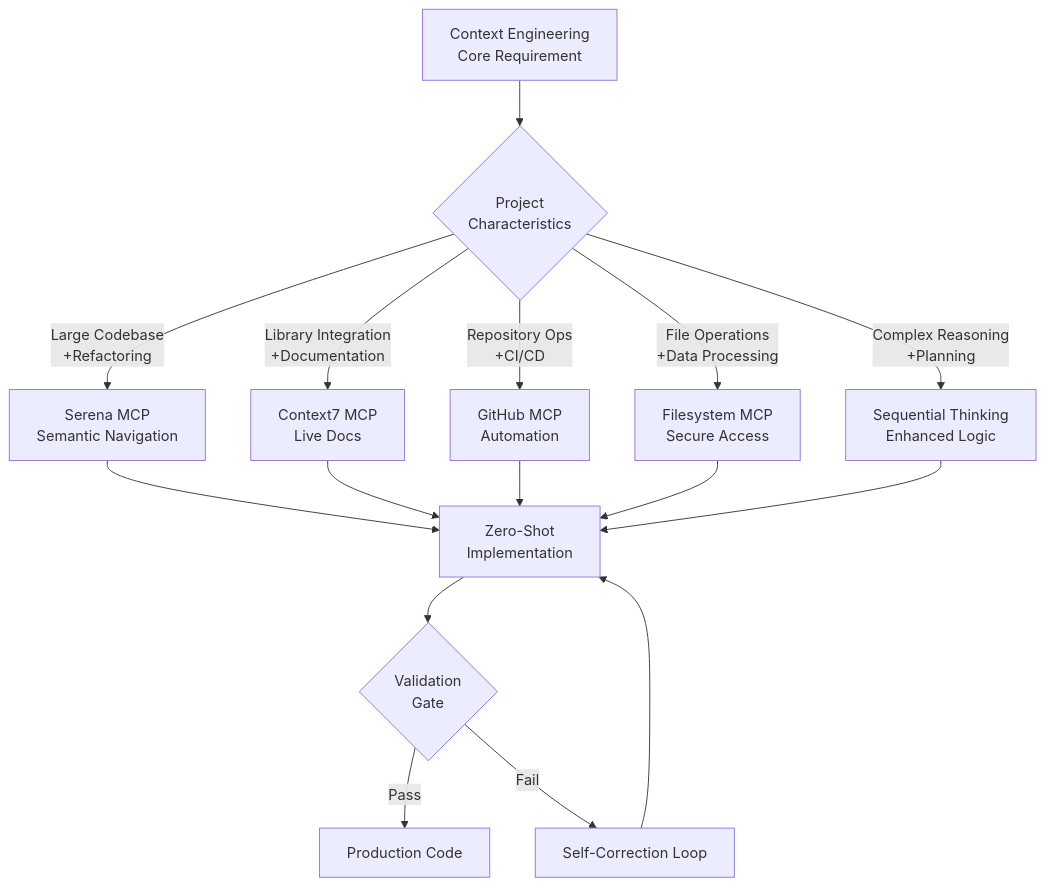
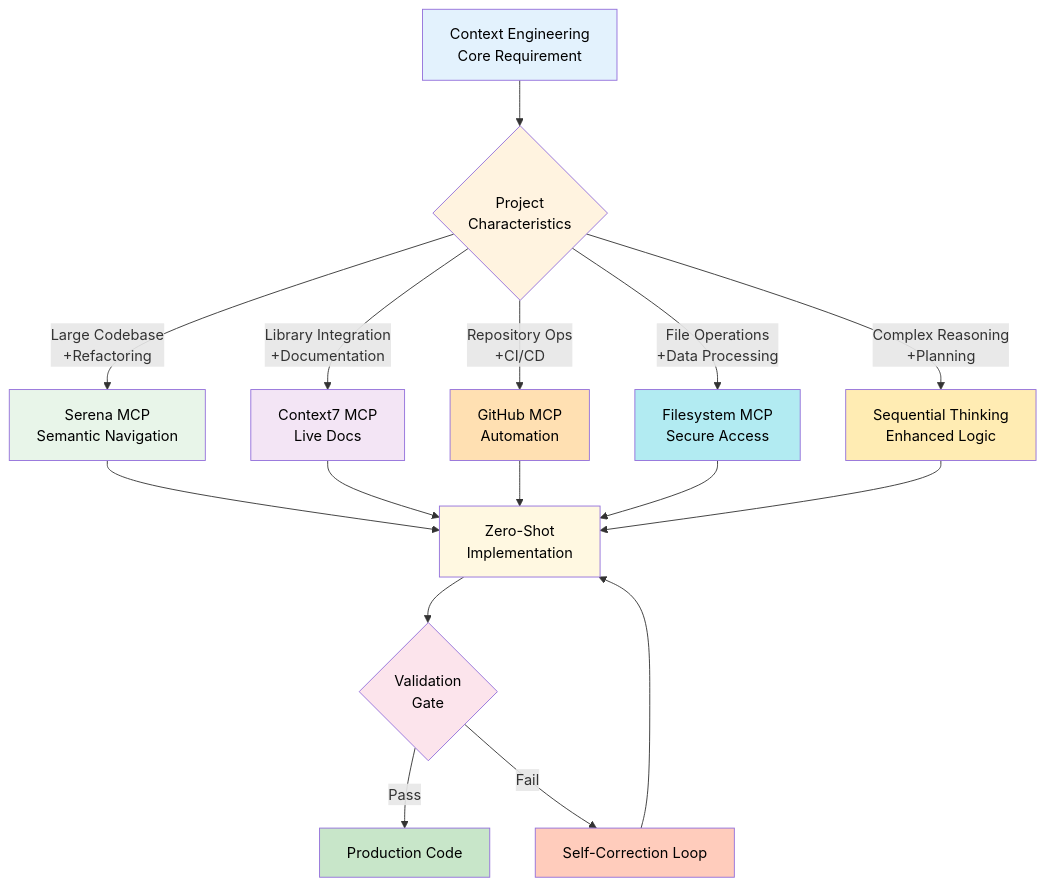
One commit to bprzybys-nc/ctx-eng-plus changed the first of 5 diagrams in docs/03-mcp-orchestration.md. Above: the diagram before and after it, drawn with Mermaid. The commit also changed other lines of this file and 8 other files, not shown here.

````diff
--- a/docs/03-mcp-orchestration.md
+++ b/docs/03-mcp-orchestration.md
@@ -50,21 +50,33 @@
 ```mermaid
 graph TB
     A["Context Engineering<br/>Core Requirement"] --> B{"Project<br/>Characteristics"}
 
     B -->|"Large Codebase<br/>+Refactoring"| C["Serena MCP<br/>Semantic Navigation"]
     B -->|"Library Integration<br/>+Documentation"| D["Context7 MCP<br/>Live Docs"]
     B -->|"Repository Ops<br/>+CI/CD"| E["GitHub MCP<br/>Automation"]
     B -->|"File Operations<br/>+Data Processing"| F["Filesystem MCP<br/>Secure Access"]
     B -->|"Complex Reasoning<br/>+Planning"| G["Sequential Thinking<br/>Enhanced Logic"]
 
     C --> H["Zero-Shot<br/>Implementation"]
     D --> H
     E --> H
     F --> H
     G --> H
 
     H --> I{"Validation<br/>Gate"}
     I -->|Pass| J["Production Code"]
     I -->|Fail| K["Self-Correction Loop"]
     K --> H
+
+    style A fill:#e3f2fd,color:#000
+    style B fill:#fff3e0,color:#000
+    style C fill:#e8f5e9,color:#000
+    style D fill:#f3e5f5,color:#000
+    style E fill:#ffe0b2,color:#000
+    style F fill:#b2ebf2,color:#000
+    style G fill:#ffecb3,color:#000
+    style H fill:#fff8e1,color:#000
+    style I fill:#fce4ec,color:#000
+    style J fill:#c8e6c9,color:#000
+    style K fill:#ffccbc,color:#000
 ```
````
